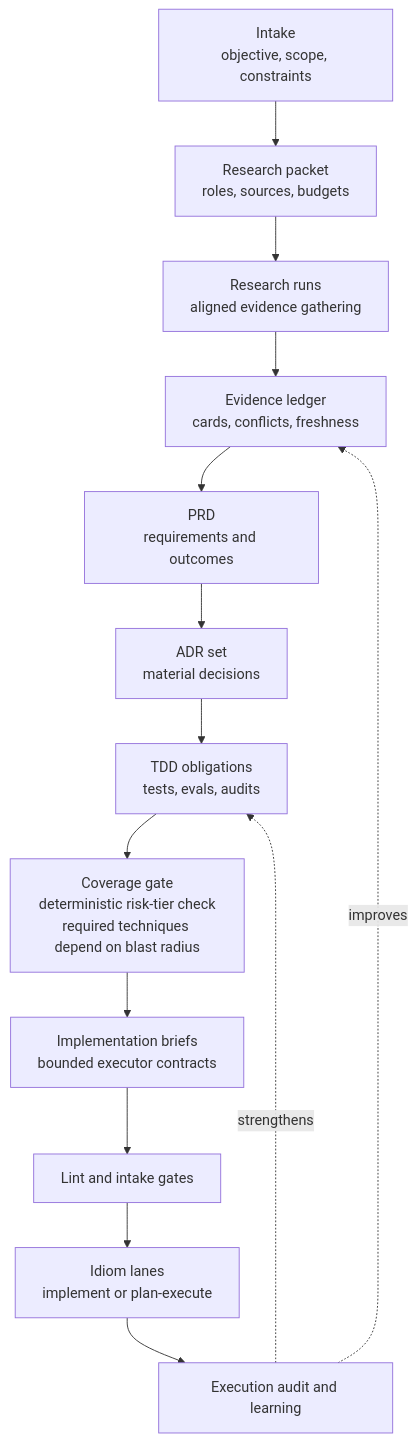
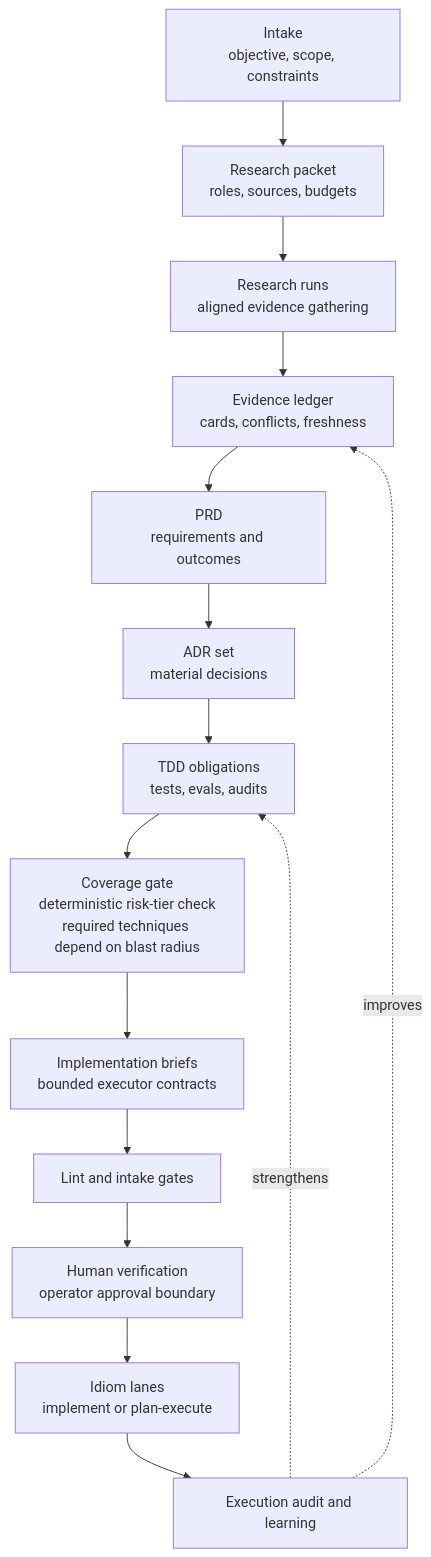
One commit to BLuchterhand/Idiom changed the first of 3 diagrams in docs/design-prd-adr-brief-research-workflow.md. Above: the diagram before and after it, drawn with Mermaid. The commit also changed other lines of this file and 68 other files, not shown here.

````diff
--- a/docs/design-prd-adr-brief-research-workflow.md
+++ b/docs/design-prd-adr-brief-research-workflow.md
@@ -283,16 +284,17 @@
 ```mermaid
 flowchart TD
     Intake["Intake<br/>objective, scope, constraints"] --> ResearchPacket["Research packet<br/>roles, sources, budgets"]
     ResearchPacket --> ResearchRuns["Research runs<br/>aligned evidence gathering"]
     ResearchRuns --> EvidenceLedger["Evidence ledger<br/>cards, conflicts, freshness"]
     EvidenceLedger --> PRD["PRD<br/>requirements and outcomes"]
     PRD --> ADRs["ADR set<br/>material decisions"]
     ADRs --> TDD["TDD obligations<br/>tests, evals, audits"]
     TDD --> CoverageGate["Coverage gate<br/>deterministic risk-tier check<br/>required techniques depend on blast radius"]
     CoverageGate --> Briefs["Implementation briefs<br/>bounded executor contracts"]
     Briefs --> Gates["Lint and intake gates"]
-    Gates --> Lanes["Idiom lanes<br/>implement or plan-execute"]
+    Gates --> HumanVerification["Human verification<br/>operator approval boundary"]
+    HumanVerification --> Lanes["Idiom lanes<br/>implement or plan-execute"]
     Lanes --> Feedback["Execution audit and learning"]
     Feedback -. improves .-> EvidenceLedger
     Feedback -. strengthens .-> TDD
 ```
````
